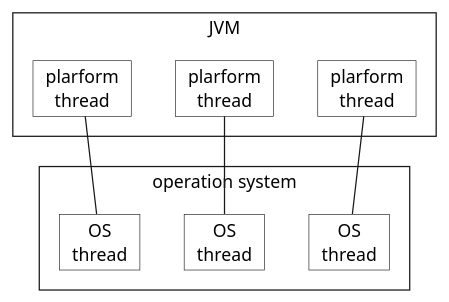
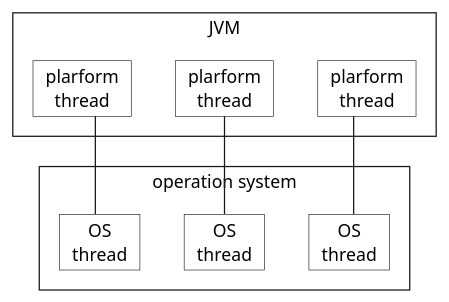
Before and after one commit to ti-cortex-m4/demo-java-virtual-threads2: the diagram in images/platform_threads.puml, drawn with PlantUML. The commit also changed 1 other file, not shown here.

```diff
--- a/images/platform_threads.puml
+++ b/images/platform_threads.puml
@@ -1,28 +1,29 @@
 @startuml
 
 skinparam {
+    linetype ortho
     defaultTextAlignment center
     roundCorner 0
     CardBackgroundColor transparent
     RectangleBackgroundColor transparent
     RectangleFontName Source Sans Pro
     RectangleFontStyle normal
 }
 
 rectangle JVM {
   card "plarform\nthread" as PlatformThread1
   card "plarform\nthread" as PlatformThread2
   card "plarform\nthread" as PlatformThread3
 }
 
 rectangle "operation system" {
   card "OS\nthread" as OsThread1
   card "OS\nthread" as OsThread2
   card "OS\nthread" as OsThread3
 }
 
 OsThread1 -up- PlatformThread1
 OsThread2 -up- PlatformThread2
 OsThread3 -up- PlatformThread3
 
 @enduml
```
